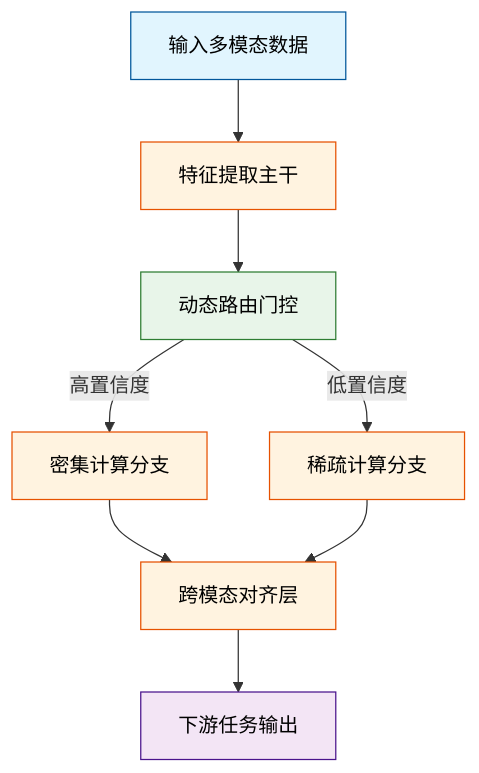
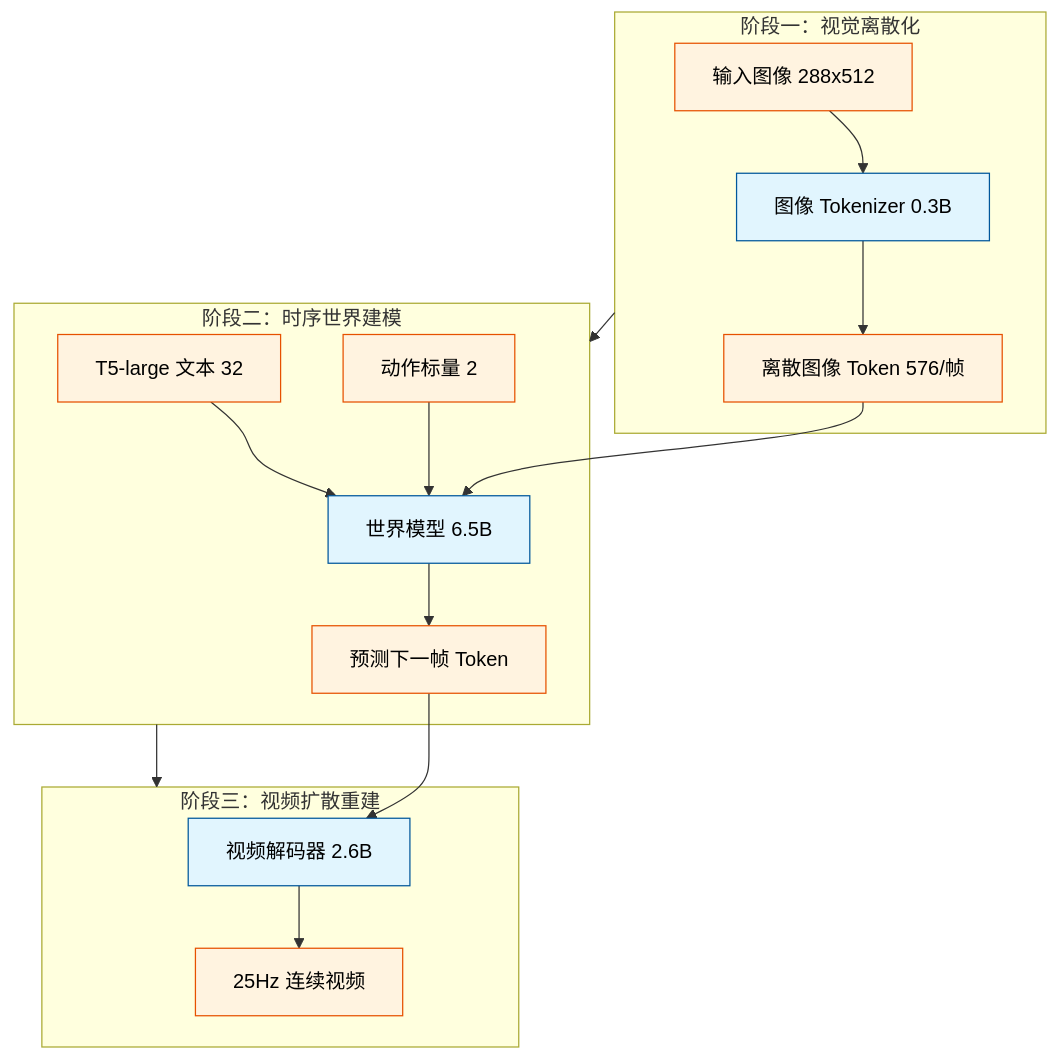
One commit to ShinewineW/paper-rolling changed the ninth of 11 diagrams in person_vault/2026-06-08_GAIA1_2309.17080/report.md. Above: the diagram before and after it, drawn with Mermaid. The commit also changed other lines of this file and 51 other files, not shown here.

````diff
--- a/person_vault/2026-06-08_GAIA1_2309.17080/report.md
+++ b/person_vault/2026-06-08_GAIA1_2309.17080/report.md
@@ -347,15 +550,25 @@
 ```mermaid
-flowchart TD
-    classDef input fill:#e1f5fe,stroke:#01579b,color:#000;
-    classDef process fill:#fff3e0,stroke:#e65100,color:#000;
-    classDef gate fill:#e8f5e9,stroke:#2e7d32,color:#000;
-    classDef output fill:#f3e5f5,stroke:#4a148c,color:#000;
+flowchart TB
+    classDef comp fill:#e1f5fe,stroke:#01579b,color:#000;
+    classDef data fill:#fff3e0,stroke:#e65100,color:#000;
+    classDef ctrl fill:#e8f5e9,stroke:#1b5e20,color:#000;
 
-    raw_data["输入多模态数据"]:::input --> feat_extract["特征提取主干"]:::process
-    feat_extract --> routing_gate["动态路由门控"]:::gate
-    routing_gate -->|高置信度| dense_path["密集计算分支"]:::process
-    routing_gate -->|低置信度| sparse_path["稀疏计算分支"]:::process
-    dense_path --> fusion_layer["跨模态对齐层"]:::process
-    sparse_path --> fusion_layer
-    fusion_layer --> task_head["下游任务输出"]:::output
+    subgraph stage1 ["阶段一：视觉离散化"]
+        img_in["输入图像 288x512"]:::data --> tok["图像 Tokenizer 0.3B"]:::comp
+        tok --> vq_tokens["离散图像 Token 576/帧"]:::data
+    end
+
+    subgraph stage2 ["阶段二：时序世界建模"]
+        txt_in["T5-large 文本 32"]:::data --> wm["世界模型 6.5B"]:::comp
+        act_in["动作标量 2"]:::data --> wm
+        vq_tokens --> wm
+        wm --> pred_tokens["预测下一帧 Token"]:::data
+    end
+
+    subgraph stage3 ["阶段三：视频扩散重建"]
+        pred_tokens --> dec["视频解码器 2.6B"]:::comp
+        dec --> vid_out["25Hz 连续视频"]:::data
+    end
+
+    stage1 --> stage2 --> stage3
 ```
````
